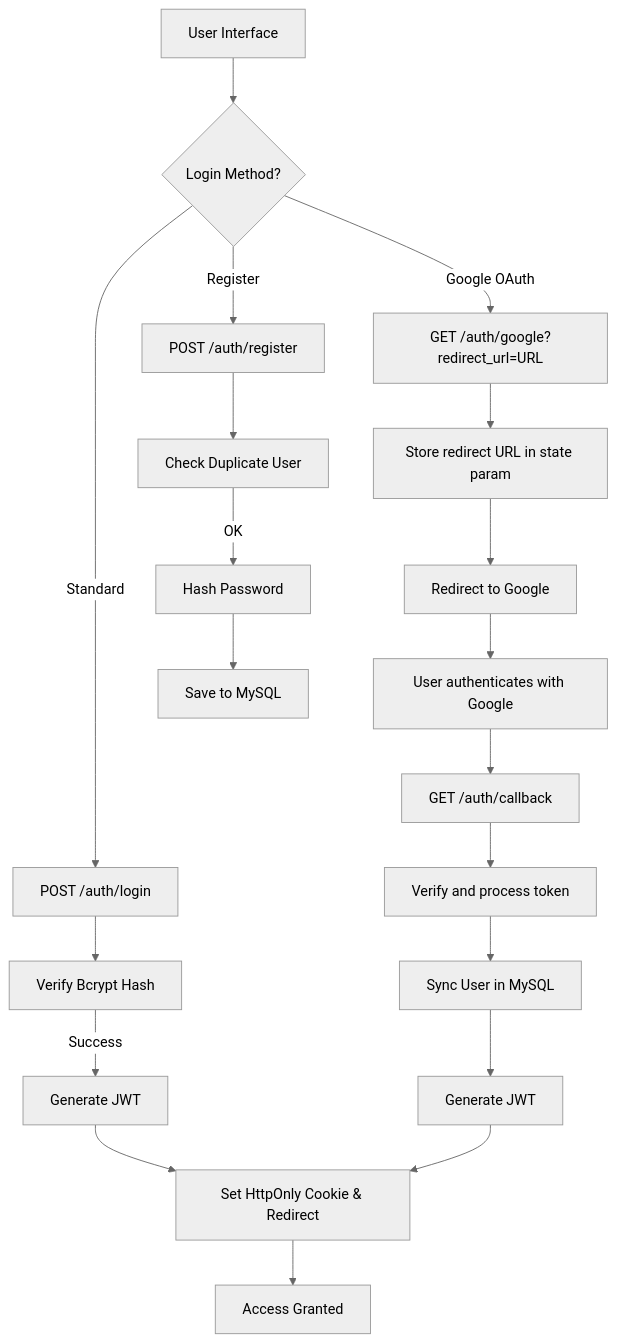
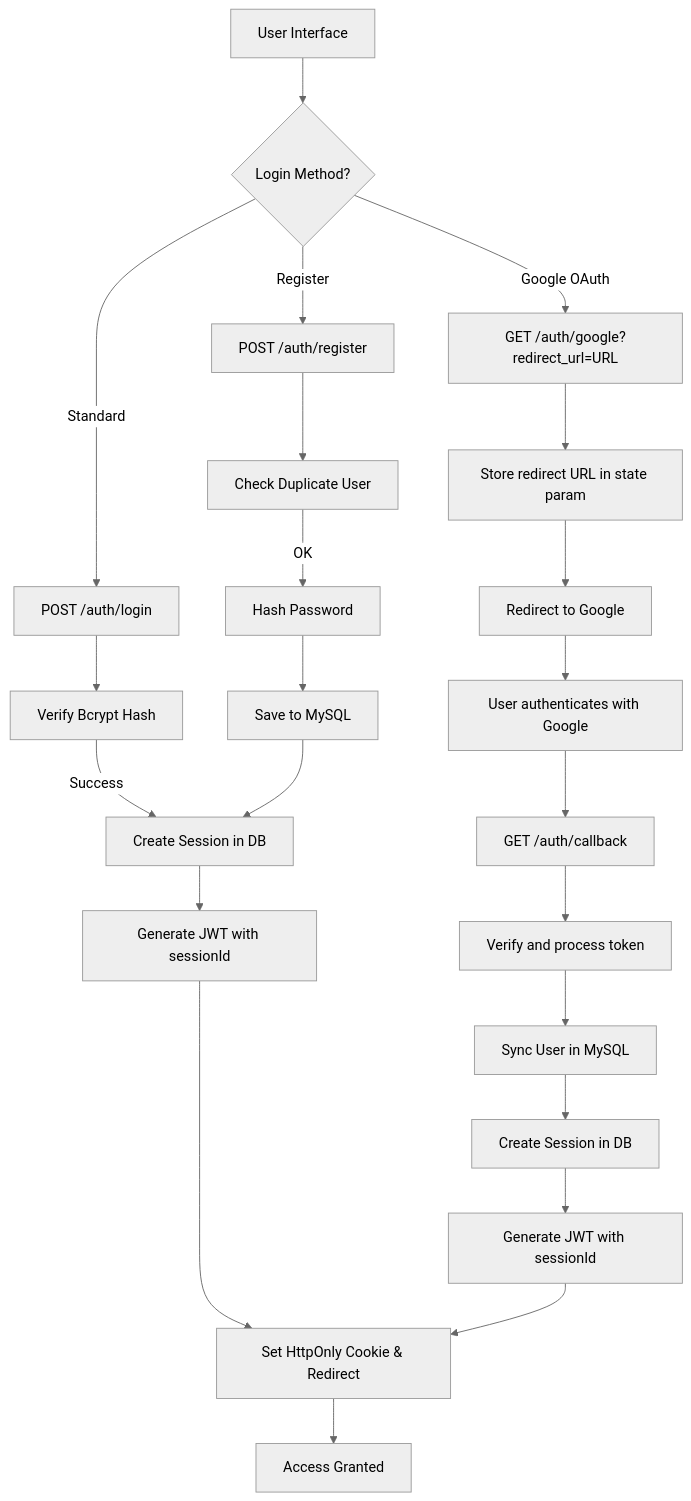
Before and after one commit to mansa-team/server: the diagram in docs/authentication.md, drawn with Mermaid (neutral theme). The commit also changed other lines of this file and 16 other files, not shown here.

````diff
--- a/docs/authentication.md
+++ b/docs/authentication.md
@@ -124,27 +156,30 @@
 ```mermaid
 graph TD
     User["User Interface"] --> Start{Login Method?}
     
     Start -- Standard --> Login["POST /auth/login"]
     Login --> Verify["Verify Bcrypt Hash"]
-    Verify -- Success --> JWT["Generate JWT"]
+    Verify -- Success --> CreateSession["Create Session in DB"]
+    CreateSession --> JWT["Generate JWT with sessionId"]
     
     Start -- Google OAuth --> GLogin["GET /auth/google?redirect_url=URL"]
     GLogin --> State["Store redirect URL in state param"]
     State --> GRedirect["Redirect to Google"]
     GRedirect --> GAuth["User authenticates with Google"]
     GAuth --> GCallback["GET /auth/callback"]
     GCallback --> GVerify["Verify and process token"]
     GVerify --> GSync["Sync User in MySQL"]
-    GSync --> OAuthJWT["Generate JWT"]
+    GSync --> GCreateSession["Create Session in DB"]
+    GCreateSession --> OAuthJWT["Generate JWT with sessionId"]
     
     Start -- Register --> Reg["POST /auth/register"]
     Reg --> Valid["Check Duplicate User"]
     Valid -- OK --> Hash["Hash Password"]
     Hash --> Save["Save to MySQL"]
+    Save --> CreateSession
 
     JWT --> Cookie["Set HttpOnly Cookie & Redirect"]
     OAuthJWT --> Cookie
     
     Cookie --> Home["Access Granted"]
 ```
````
